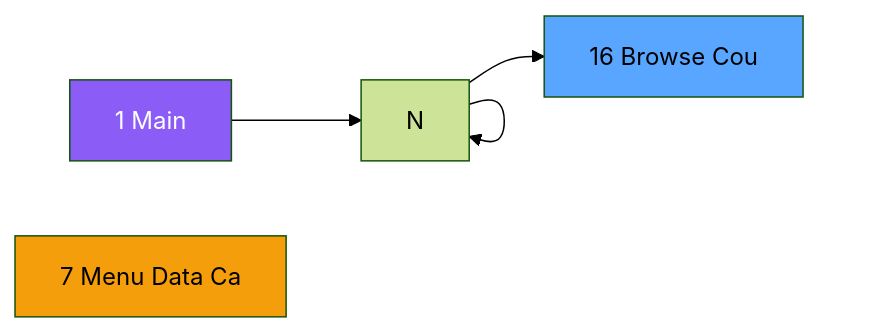
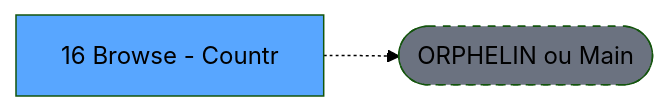
One commit to thonyAGP/lecteur-magic changed the second of 3 diagrams in .openspec/specs/ADH-IDE-16.md. Above: the diagram before and after it, drawn with Mermaid (forest theme). The commit also changed other lines of this file and 701 other files, not shown here.

````diff
--- a/.openspec/specs/ADH-IDE-16.md
+++ b/.openspec/specs/ADH-IDE-16.md
@@ -107,13 +117,8 @@
 ```mermaid
 graph LR
-    M[1 Main]
-    N7[7 Menu Data Ca]
-    T[16 Browse   Cou]
-    M --> N
-    N --> N
-    N --> N
-    N --> T
-    style M fill:#8b5cf6,color:#fff
-    style N7 fill:#f59e0b
+    T[16 Browse - Countr]
+    ORPHAN([ORPHELIN ou Main])
+    T -.-> ORPHAN
     style T fill:#58a6ff,color:#000
+    style ORPHAN fill:#6b7280,stroke-dasharray: 5 5
 ```
````
